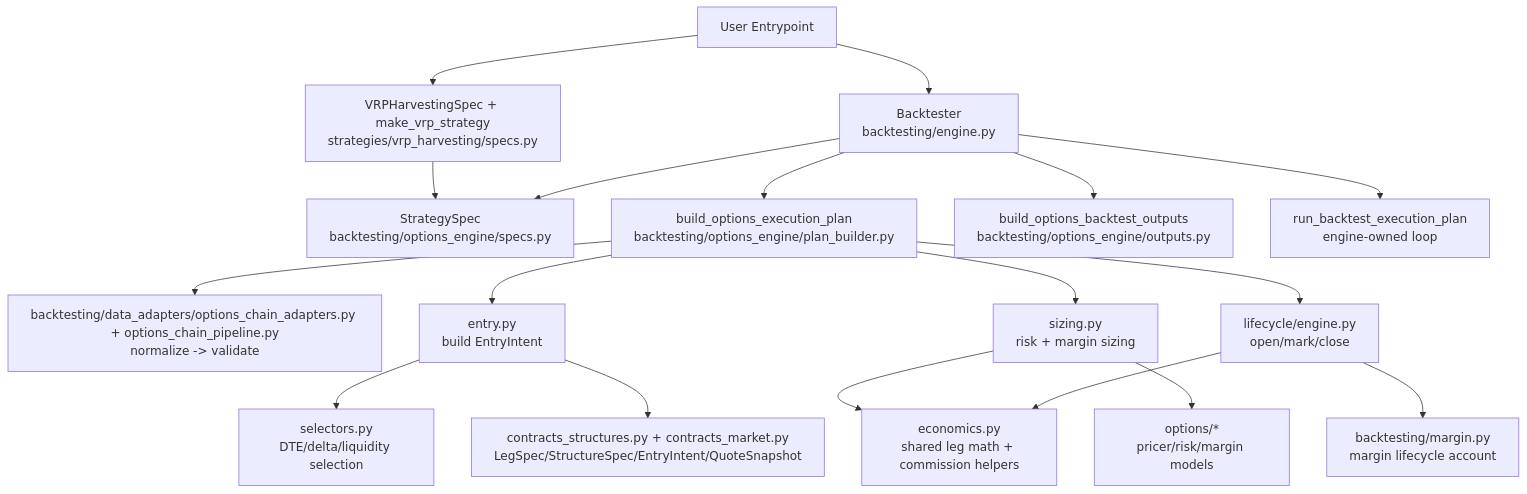
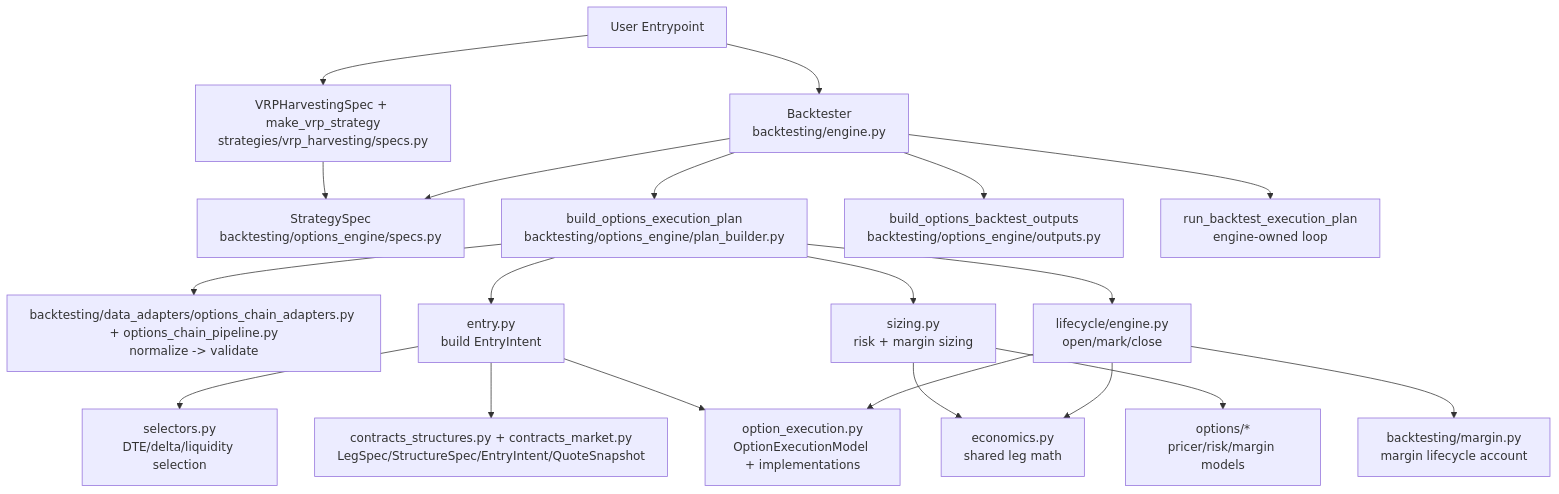
One commit to anthonymakarewicz/volatility-trading changed the first of 3 diagrams in docs/reference/backtesting/architecture_overview.md. Above: the diagram before and after it, drawn with Mermaid. The commit also changed other lines of this file and 29 other files, not shown here.

First line of the commit message:
feat(options-engine): add model-driven option execution and explicit option cost attribution (#8)

````diff
--- a/docs/reference/backtesting/architecture_overview.md
+++ b/docs/reference/backtesting/architecture_overview.md
@@ -29,21 +31,23 @@
 ```mermaid
 flowchart TD
     A[User Entrypoint] --> B[Backtester<br/>backtesting/engine.py]
     A --> C[VRPHarvestingSpec + make_vrp_strategy<br/>strategies/vrp_harvesting/specs.py]
     C --> D[StrategySpec<br/>backtesting/options_engine/specs.py]
     B --> D
     B --> E[build_options_execution_plan<br/>backtesting/options_engine/plan_builder.py]
     B --> O[build_options_backtest_outputs<br/>backtesting/options_engine/outputs.py]
     E --> A1[backtesting/data_adapters/options_chain_adapters.py + options_chain_pipeline.py<br/>normalize -> validate]
     E --> F[entry.py<br/>build EntryIntent]
     E --> G[sizing.py<br/>risk + margin sizing]
     E --> H[lifecycle/engine.py<br/>open/mark/close]
     B --> I[run_backtest_execution_plan<br/>engine-owned loop]
 
     F --> J[selectors.py<br/>DTE/delta/liquidity selection]
     F --> K[contracts_structures.py + contracts_market.py<br/>LegSpec/StructureSpec/EntryIntent/QuoteSnapshot]
-    G --> N[economics.py<br/>shared leg math + commission helpers]
+    G --> N[economics.py<br/>shared leg math]
     H --> N
+    F --> X[option_execution.py<br/>OptionExecutionModel + implementations]
+    H --> X
     G --> L[options/*<br/>pricer/risk/margin models]
     H --> M[backtesting/margin.py<br/>margin lifecycle account]
 ```
````
